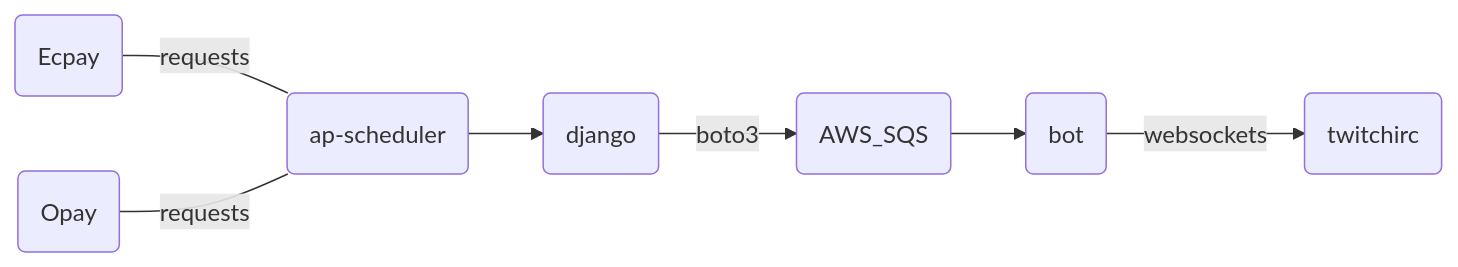
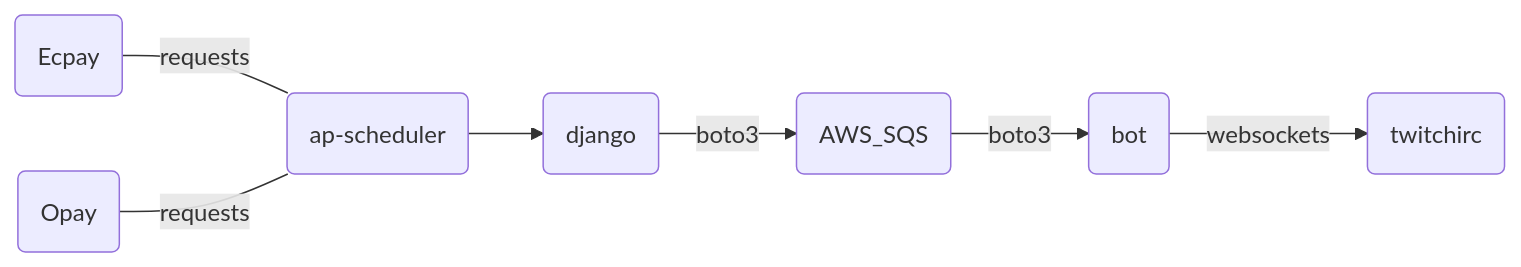
The diagram in Readme.md (virgil724/donateNoti), drawn with Mermaid before and after one commit.

````diff
--- a/Readme.md
+++ b/Readme.md
@@ -3,12 +3,12 @@
 ```mermaid
 graph LR;
 1(Ecpay)
 2(Opay)
 django(django)
 ap(ap-scheduler)
 1---|requests|ap
 2---|requests|ap
 ap-->django
 django-->|boto3|AWS(AWS_SQS)
-AWS-->b(bot)-->|websockets|irc(twitchirc)
+AWS-->|boto3|b(bot)-->|websockets|irc(twitchirc)
 ```
````
